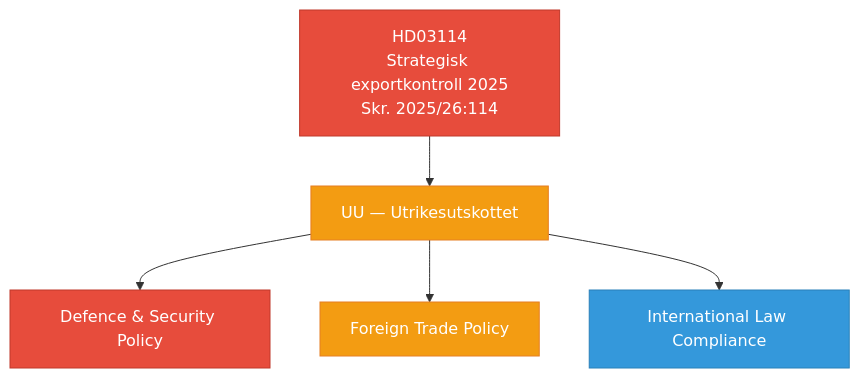
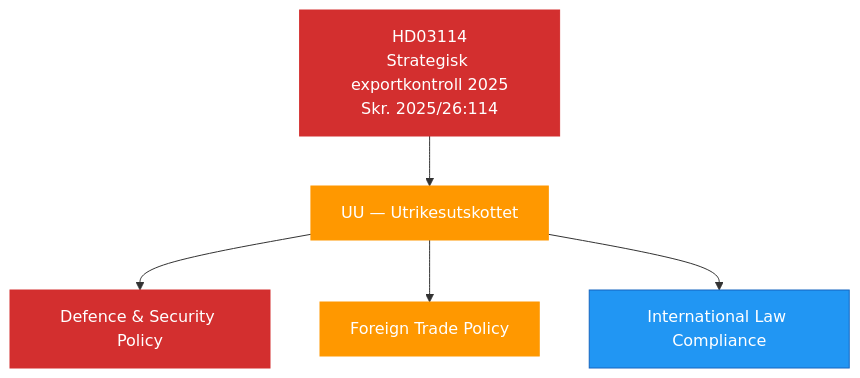
Before and after one commit to Hack23/riksdagsmonitor: the second of 2 diagrams in analysis/daily/2026-04-08/propositions/classification-results.md, drawn with Mermaid. The commit also changed 785 other files, not shown here.

First line of the commit message:
Normalize mermaid colors across 786 analysis artifacts to ISMS Style Guide palette

````diff
--- a/analysis/daily/2026-04-08/propositions/classification-results.md
+++ b/analysis/daily/2026-04-08/propositions/classification-results.md
@@ -39,13 +39,13 @@
 ```mermaid
 flowchart TD
-    classDef defence fill:#e74c3c,stroke:#c0392b,color:#fff
-    classDef trade fill:#f39c12,stroke:#e67e22,color:#fff
-    classDef routine fill:#3498db,stroke:#2980b9,color:#fff
+    classDef defence fill:#D32F2F,stroke:#D32F2F,color:#FFFFFF
+    classDef trade fill:#FF9800,stroke:#FF9800,color:#FFFFFF
+    classDef routine fill:#2196F3,stroke:#1565C0,color:#FFFFFF
 
     HD03114["HD03114<br/>Strategisk exportkontroll 2025<br/>Skr. 2025/26:114"]:::defence
     UU["UU — Utrikesutskottet"]:::trade
     HD03114 --> UU
     UU --> DOMAIN_DEF["Defence & Security Policy"]:::defence
     UU --> DOMAIN_TRADE["Foreign Trade Policy"]:::trade
     UU --> DOMAIN_INTL["International Law Compliance"]:::routine
 ```
````
